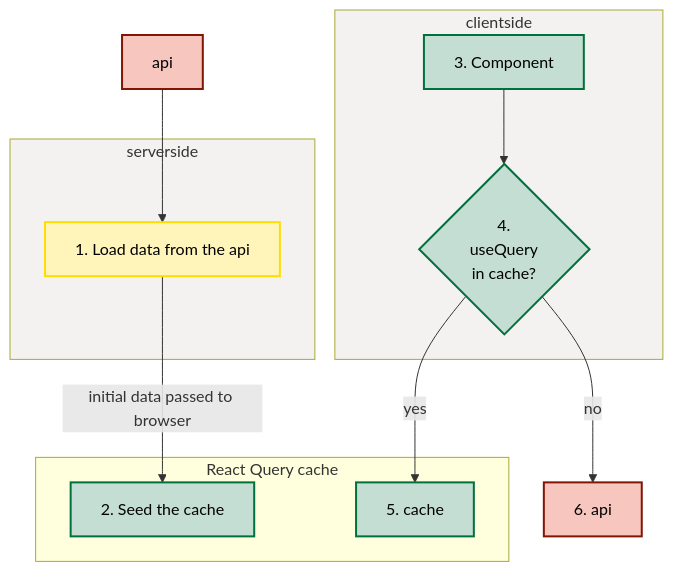
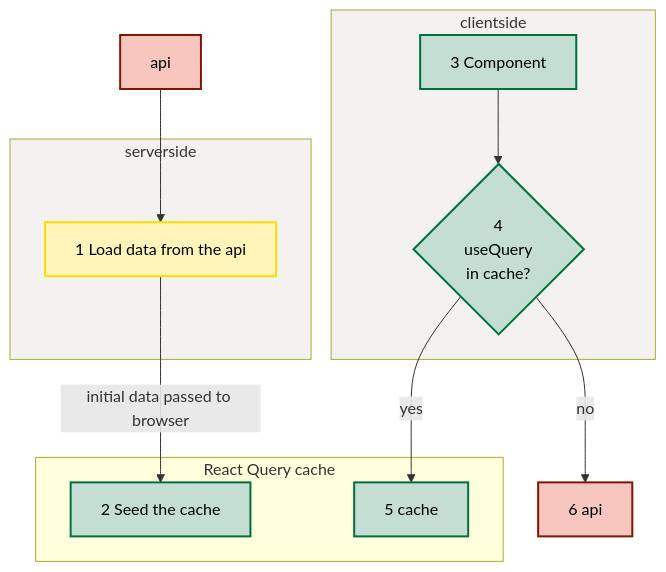
The diagram in frontend/fingertips-frontend/components/shallow/README.md (dhsc-govuk/FingertipsNext), drawn with Mermaid before and after one commit. The commit also changed 1 other file, not shown here.

Commit message:
DHSCFT-753: Spike - looking at shallow routing, no js and react query

````diff
--- a/frontend/fingertips-frontend/components/shallow/README.md
+++ b/frontend/fingertips-frontend/components/shallow/README.md
@@ -44,36 +44,36 @@
 ```mermaid
 flowchart TD
     %% Nodes
     apiGet["api"]:::red
-    apiGet2["6. api"]:::red
+    apiGet2["6 api"]:::red
     
     subgraph serverside["serverside"]
-        apiData["1. Load data from the api"]:::yellow
+        apiData["1 Load data from the api"]:::yellow
     end
     
     subgraph reactQueryCache["React Query cache"]
-      seedQueryCache["2. Seed the cache"]:::green
-      cache["5. cache"]:::green
+      seedQueryCache["2 Seed the cache"]:::green
+      cache["5 cache"]:::green
     end
     
     subgraph clientside["clientside"]
-        component["3. Component"]:::green
-        useQuery{"4.<br />useQuery<br />in cache?"}:::green
+        component["3 Component"]:::green
+        useQuery{"4<br />useQuery<br />in cache?"}:::green
     end
 
     %% Edges
     apiGet --> apiData
     apiData -- initial data passed to browser --> seedQueryCache
     component --> useQuery
     useQuery -- yes --> cache
     useQuery -- no --> apiGet2
 
     %% Styling
     class serverside lgrey;
     class clientside lgrey;
     classDef lgrey fill:#F3F2F1;
     classDef green fill:#C4DED3,stroke:#00703C,stroke-width:2px,color:#000;
     classDef yellow fill:#FFF5BB,stroke:#FFDD00,stroke-width:2px,color:#000;
     classDef red fill:#F6C6BF,stroke: #831504,stroke-width:2px,color:#000;
     
 ```
````
